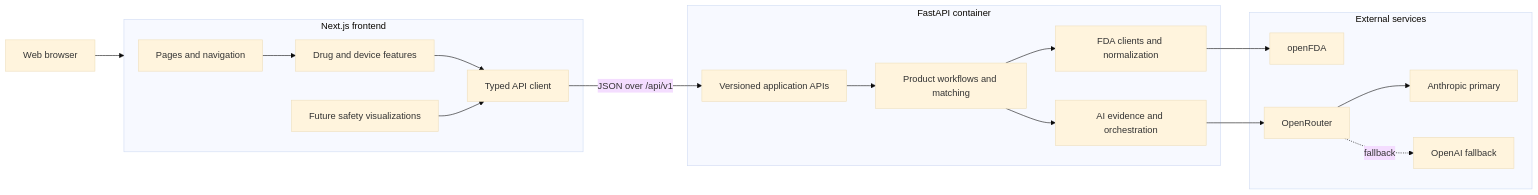
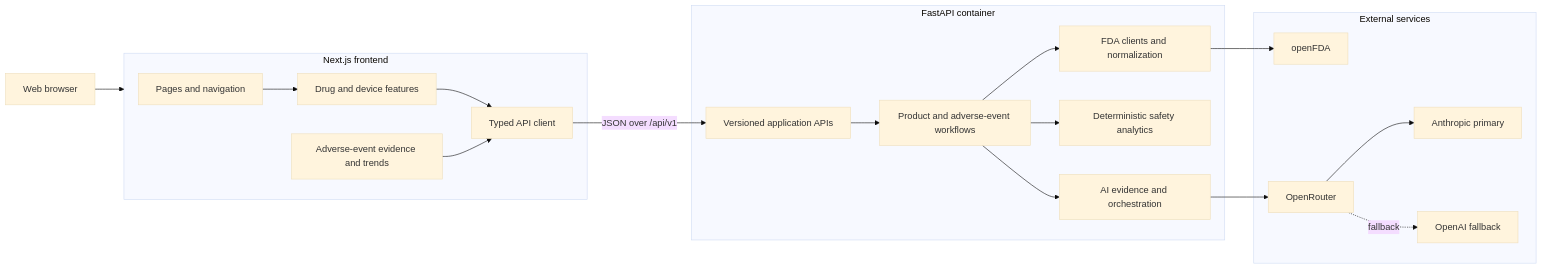
One commit to YAgit/product-intelligence changed the diagram in docs/DESIGN.md. Above: the diagram before and after it, drawn with Mermaid (base theme). The commit also changed other lines of this file and 13 other files, not shown here.

Commit message:
Add adverse event intelligence

````diff
--- a/docs/DESIGN.md
+++ b/docs/DESIGN.md
@@ -9,41 +9,43 @@
 ```mermaid
 flowchart LR
     User[Web browser]
 
     subgraph Frontend[Next.js frontend]
         Pages[Pages and navigation]
         Features[Drug and device features]
-        Charts[Future safety visualizations]
+        Charts[Adverse-event evidence and trends]
         Client[Typed API client]
 
         Pages --> Features
         Features --> Client
         Charts --> Client
     end
 
     subgraph Backend[FastAPI container]
         API[Versioned application APIs]
-        Services[Product workflows and matching]
+        Services[Product and adverse-event workflows]
         FDAClient[FDA clients and normalization]
+        Analytics[Deterministic safety analytics]
         AI[AI evidence and orchestration]
 
         API --> Services
         Services --> FDAClient
+        Services --> Analytics
         Services --> AI
     end
 
     subgraph External[External services]
         FDA[openFDA]
         Router[OpenRouter]
         Anthropic[Anthropic primary]
         OpenAI[OpenAI fallback]
 
         Router --> Anthropic
         Router -. fallback .-> OpenAI
     end
 
     User --> Frontend
     Client -->|JSON over /api/v1| API
     FDAClient --> FDA
     AI --> Router
 ```
````
